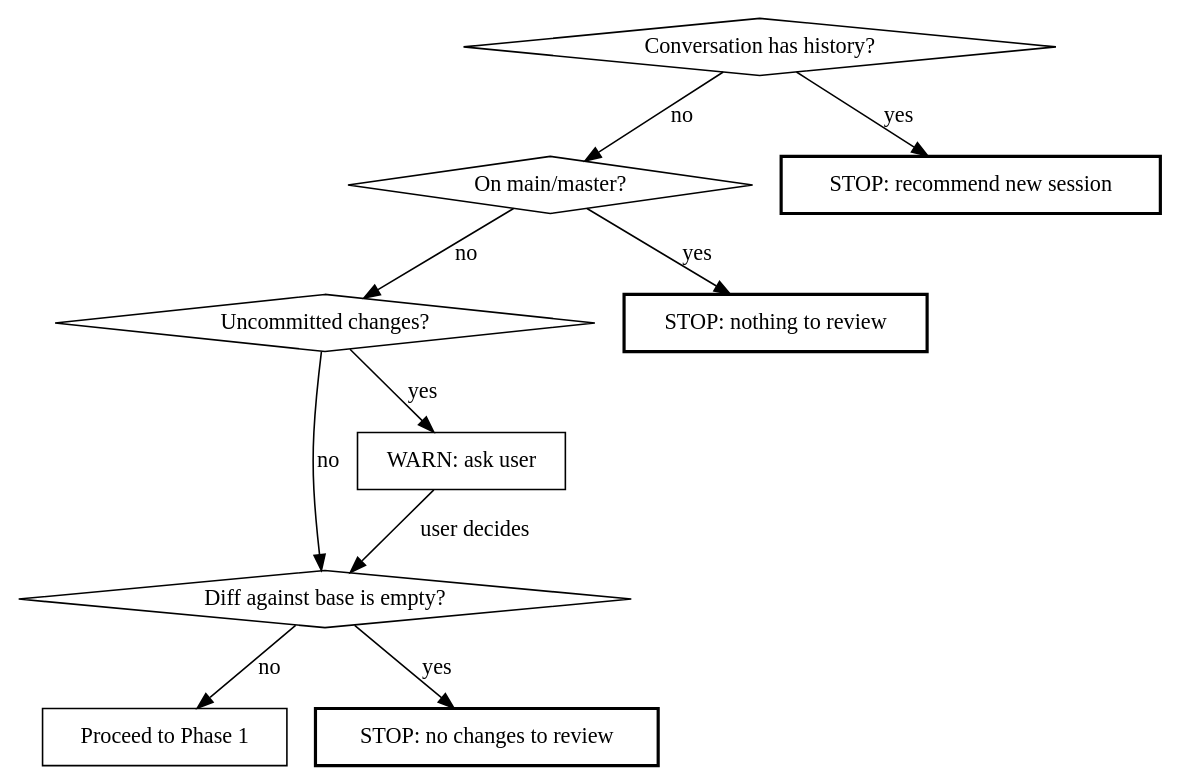
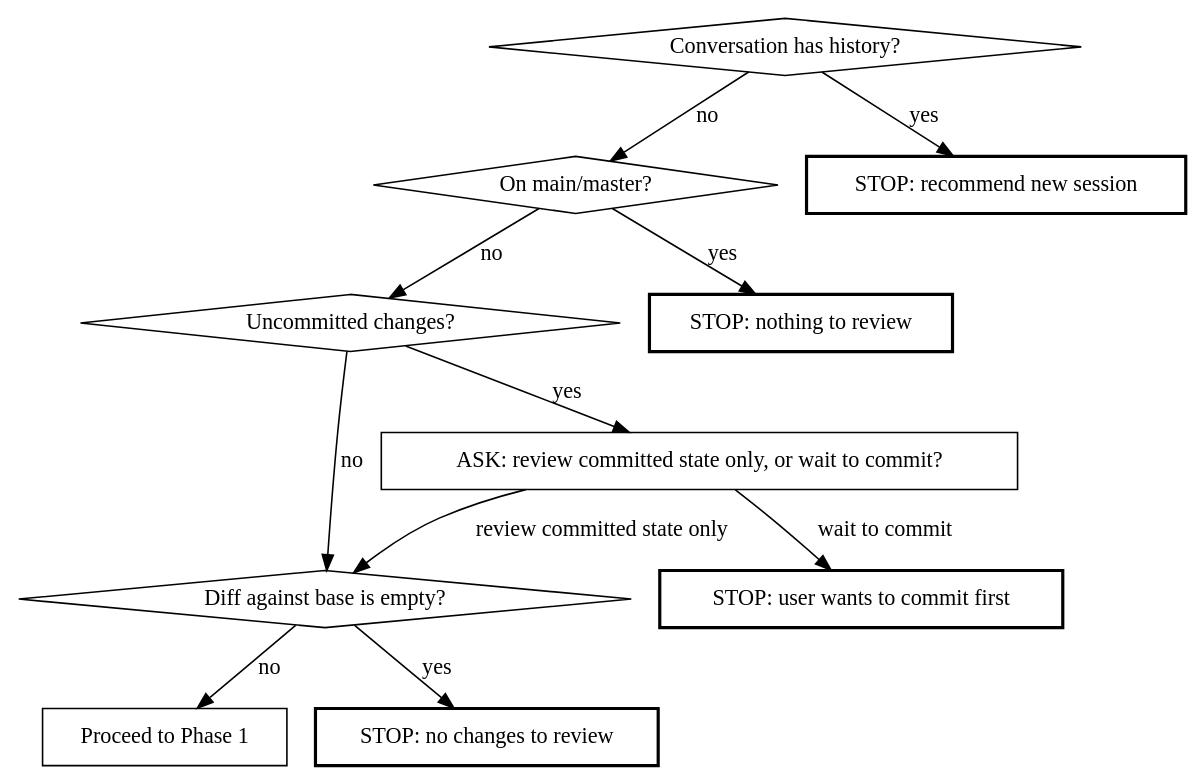
Before and after one commit to Ovid/paad: the second of 2 diagrams in plugins/paad/skills/agentic-review/SKILL.md, drawn with Graphviz. The commit also changed other lines of this file, not shown here.

Commit message:
agentic-review: match Rule 0 routing and the uncommitted-changes stop
Classification node named only the category tag; Rule 0 routes on the
[OOSA] sentinel or the tag. Pre-flight drew 'wait to commit' as a
pass-through to the diff check rather than a stop.

````diff
--- a/plugins/paad/skills/agentic-review/SKILL.md
+++ b/plugins/paad/skills/agentic-review/SKILL.md
@@ -86,23 +86,25 @@
 ```dot
 digraph preflight {
   "Conversation has history?" [shape=diamond];
   "On main/master?" [shape=diamond];
   "Uncommitted changes?" [shape=diamond];
   "Diff against base is empty?" [shape=diamond];
   "Proceed to Phase 1" [shape=box];
   "STOP: recommend new session" [shape=box, style=bold];
   "STOP: nothing to review" [shape=box, style=bold];
   "STOP: no changes to review" [shape=box, style=bold];
-  "WARN: ask user" [shape=box];
+  "STOP: user wants to commit first" [shape=box, style=bold];
+  "ASK: review committed state only, or wait to commit?" [shape=box];
 
   "Conversation has history?" -> "STOP: recommend new session" [label="yes"];
   "Conversation has history?" -> "On main/master?" [label="no"];
   "On main/master?" -> "STOP: nothing to review" [label="yes"];
   "On main/master?" -> "Uncommitted changes?" [label="no"];
-  "Uncommitted changes?" -> "WARN: ask user" [label="yes"];
+  "Uncommitted changes?" -> "ASK: review committed state only, or wait to commit?" [label="yes"];
   "Uncommitted changes?" -> "Diff against base is empty?" [label="no"];
-  "WARN: ask user" -> "Diff against base is empty?" [label="user decides"];
+  "ASK: review committed state only, or wait to commit?" -> "Diff against base is empty?" [label="review committed state only"];
+  "ASK: review committed state only, or wait to commit?" -> "STOP: user wants to commit first" [label="wait to commit"];
   "Diff against base is empty?" -> "STOP: no changes to review" [label="yes"];
   "Diff against base is empty?" -> "Proceed to Phase 1" [label="no"];
 }
 ```
````
